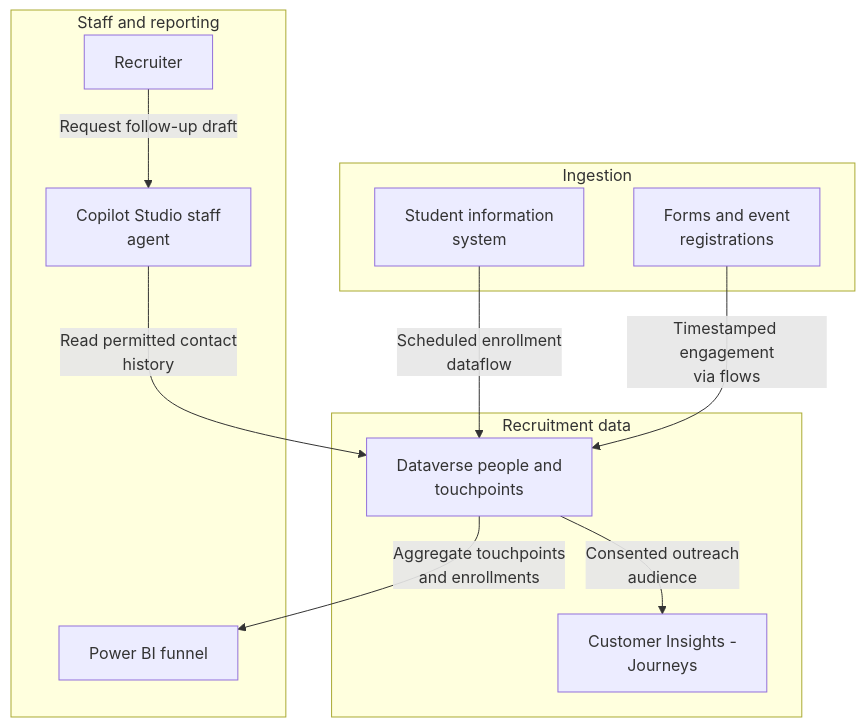
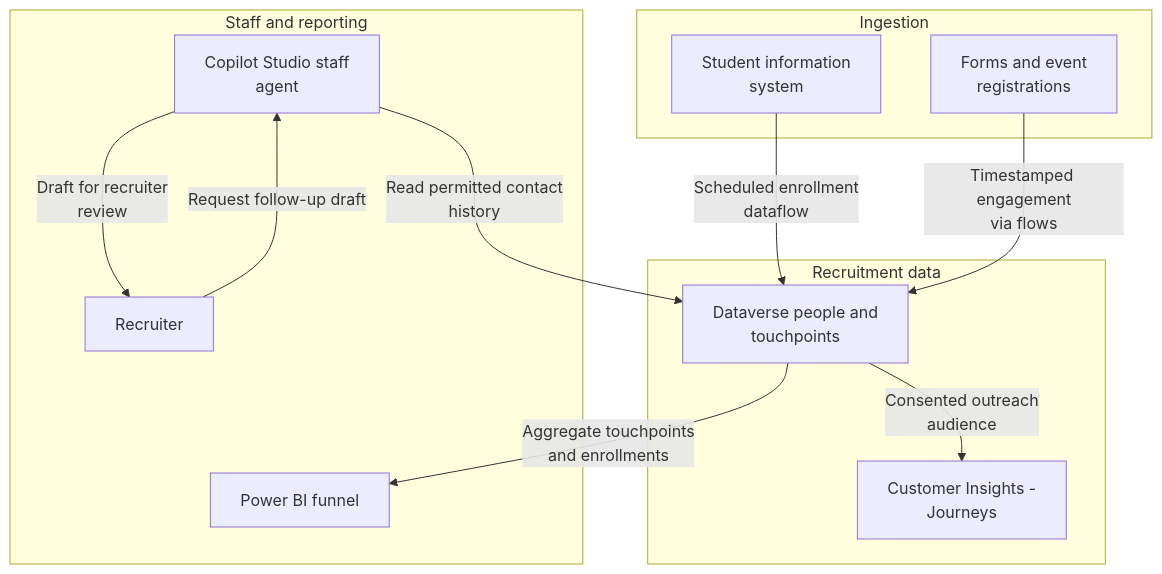
Before and after one commit to abhishek-ai-enabler/copilotstudio-architecture-patterns: the first of 2 diagrams in reference-architectures/student-recruitment.md, drawn with Mermaid. The commit also changed 41 other files, not shown here.

First line of the commit message:
Review diagrams: add return paths and fix flow accuracy

````diff
--- a/reference-architectures/student-recruitment.md
+++ b/reference-architectures/student-recruitment.md
@@ -7,24 +7,25 @@
 ```mermaid
 flowchart TB
     accTitle: Link recruitment conversations and touchpoints to enrollment - architecture
     accDescr: Decide who can link contact addresses to a person and who can see individual touchpoints. Aggregate campaign attribution is not an admissions decision.
     subgraph group0["Ingestion"]
         S["Student information<br/>system"]
         T["Forms and event<br/>registrations"]
     end
     subgraph group2["Recruitment data"]
         D["Dataverse people and<br/>touchpoints"]
         J["Customer Insights -<br/>Journeys"]
     end
     subgraph group4["Staff and reporting"]
         A["Copilot Studio staff<br/>agent"]
         U["Recruiter"]
         R["Power BI funnel"]
     end
     S -->|"Scheduled enrollment<br/>dataflow"| D
     T -->|"Timestamped engagement<br/>via flows"| D
     U -->|"Request follow-up draft"| A
     A -->|"Read permitted contact<br/>history"| D
     D -->|"Consented outreach<br/>audience"| J
     D -->|"Aggregate touchpoints<br/>and enrollments"| R
+    A -->|"Draft for recruiter<br/>review"| U
 ```
````
